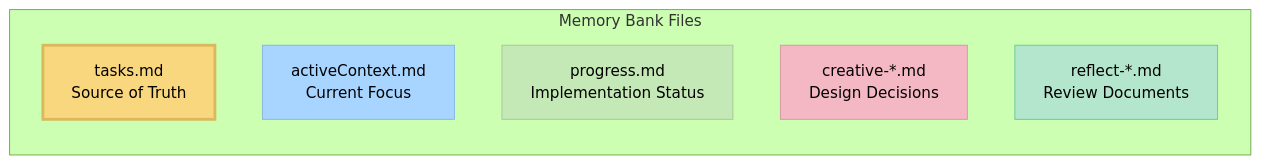
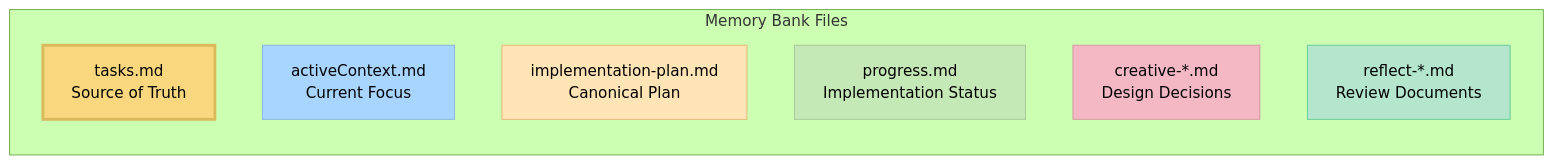
One commit to sattva2020/cursor-memory-bank changed the second of 2 diagrams in README.md. Above: the diagram before and after it, drawn with Mermaid (forest theme). The commit also changed other lines of this file and 3 other files, not shown here.

Commit message:
Document implementation plan workflow

````diff
--- a/README.md
+++ b/README.md
@@ -229,16 +231,18 @@
 ```mermaid
 graph LR
     subgraph "Memory Bank Files"
         Tasks["tasks.md<br>Source of Truth"]
         Active["activeContext.md<br>Current Focus"]
+        PlanDoc["implementation-plan.md<br>Canonical Plan"]
         Progress["progress.md<br>Implementation Status"]
         Creative["creative-*.md<br>Design Decisions"]
         Reflect["reflect-*.md<br>Review Documents"]
     end
-    
+
     style Tasks fill:#f9d77e,stroke:#d9b95c,stroke-width:3px,color:black
     style Active fill:#a8d5ff,stroke:#88b5e0,color:black
+    style PlanDoc fill:#ffe4b5,stroke:#e6b577,color:black
     style Progress fill:#c5e8b7,stroke:#a5c897,color:black
     style Creative fill:#f4b8c4,stroke:#d498a4,color:black
     style Reflect fill:#b3e6cc,stroke:#66c999,color:black
 ```
````
